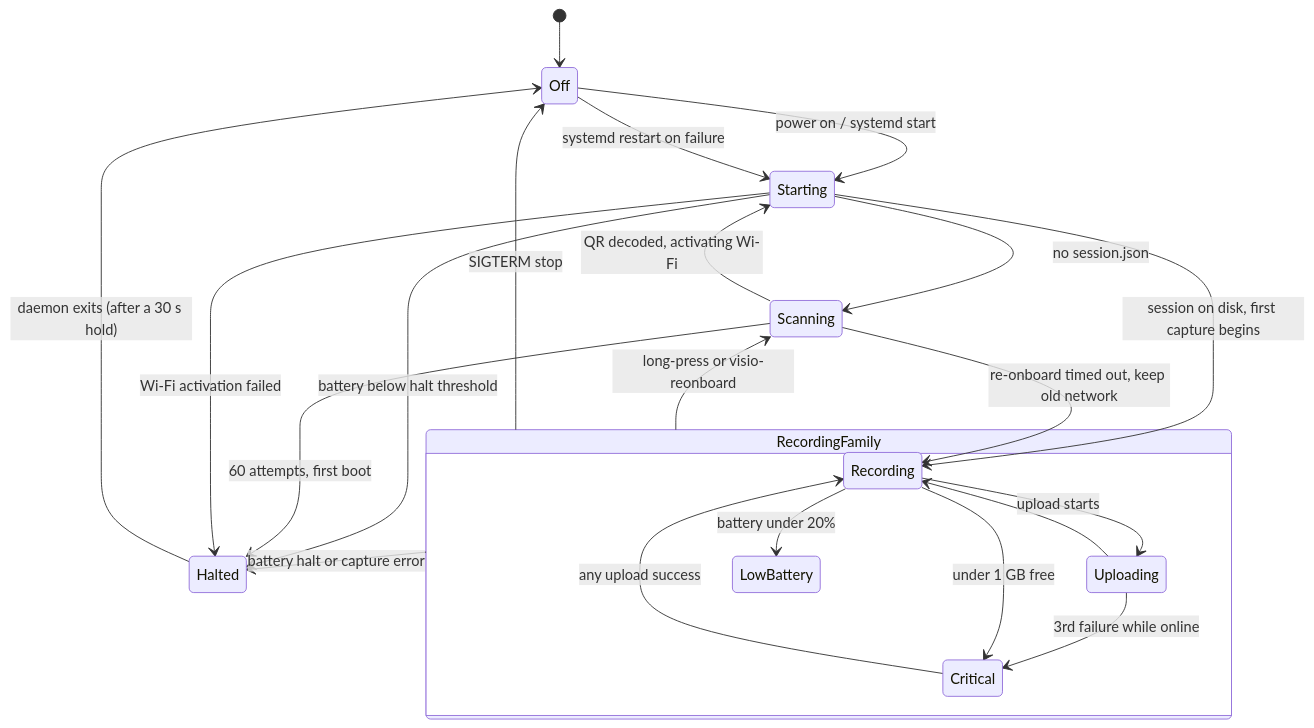
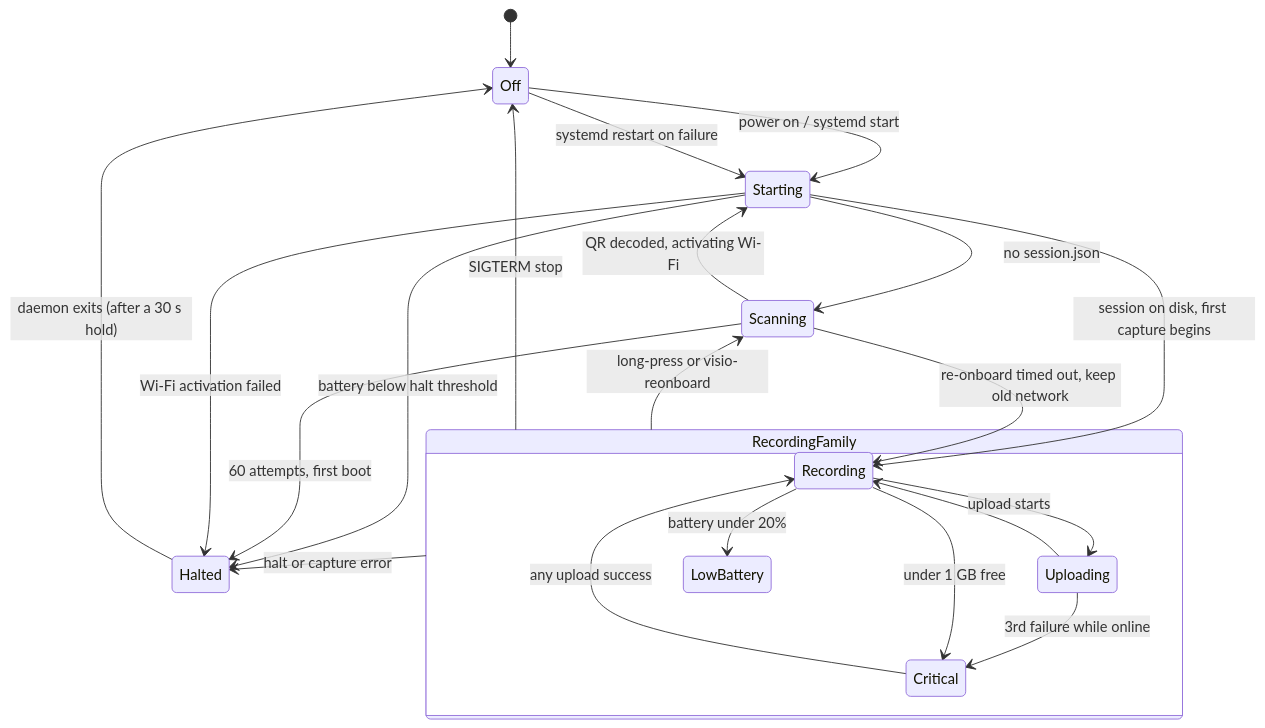
The diagram in docs/superpowers/specs/2026-07-04-visio-pendant-design.md (vietwillnguyen/vision), drawn with Mermaid before and after one commit. The commit also changed 1 other file, not shown here.

Commit message:
no-mistakes(test): Shorten LED diagram halt edge label to avoid overlap

````diff
--- a/docs/superpowers/specs/2026-07-04-visio-pendant-design.md
+++ b/docs/superpowers/specs/2026-07-04-visio-pendant-design.md
@@ -302,25 +302,25 @@
 ```mermaid
 stateDiagram-v2
     [*] --> Off
     Off --> Starting: power on / systemd start
     Starting --> Halted: battery below halt threshold
     Starting --> Scanning: no session.json
     Starting --> Recording: session on disk, first capture begins
     Scanning --> Starting: QR decoded, activating Wi-Fi
     Scanning --> Halted: 60 attempts, first boot
     Scanning --> Recording: re-onboard timed out, keep old network
     Starting --> Halted: Wi-Fi activation failed
     state RecordingFamily {
         Recording --> Uploading: upload starts
         Uploading --> Recording
         Recording --> LowBattery: battery under 20%
         Uploading --> Critical: 3rd failure while online
         Recording --> Critical: under 1 GB free
         Critical --> Recording: any upload success
     }
     RecordingFamily --> Scanning: long-press or visio-reonboard
-    RecordingFamily --> Halted: battery halt or capture error
+    RecordingFamily --> Halted: halt or capture error
     RecordingFamily --> Off: SIGTERM stop
     Halted --> Off: daemon exits (after a 30 s hold)
     Off --> Starting: systemd restart on failure
 ```
````
